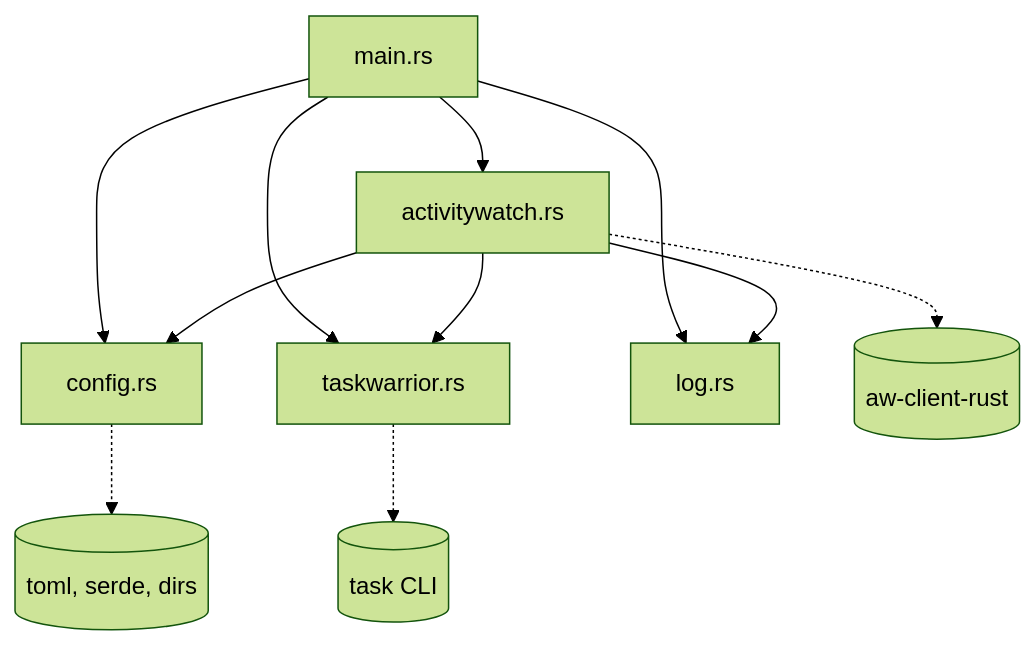
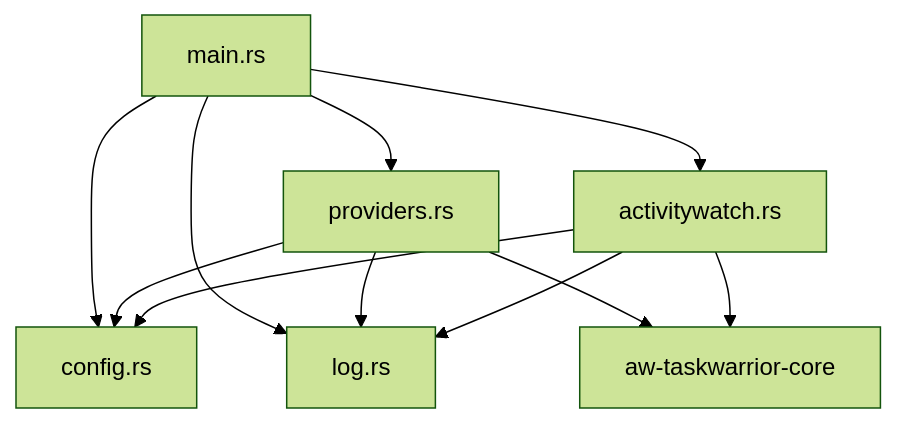
Before and after one commit to emirhg/aw-taskwarrior: the second of 2 diagrams in docs/modules.md, drawn with Mermaid (forest theme). The commit also changed other lines of this file and 18 other files, not shown here.

````diff
--- a/docs/modules.md
+++ b/docs/modules.md
@@ -7,13 +20,13 @@
 ```mermaid
 flowchart TD
     main[main.rs] --> config[config.rs]
+    main --> providers[providers.rs]
     main --> activitywatch[activitywatch.rs]
-    main --> taskwarrior[taskwarrior.rs]
     main --> log[log.rs]
+    providers --> config
+    providers --> log
+    providers --> core[aw-taskwarrior-core]
     activitywatch --> config
-    activitywatch --> taskwarrior
     activitywatch --> log
-    config -.-> toml[(toml, serde, dirs)]
-    taskwarrior -.-> tw[(task CLI)]
-    activitywatch -.-> aw[(aw-client-rust)]
+    activitywatch --> core
 ```
````
